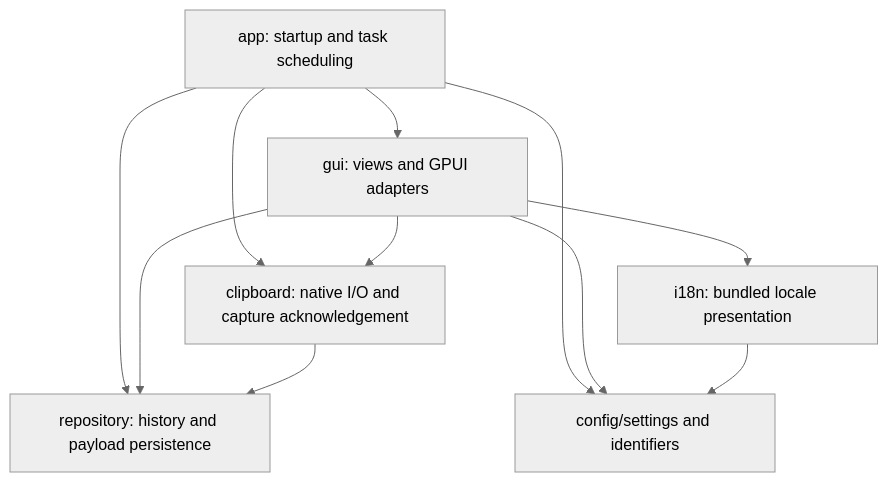
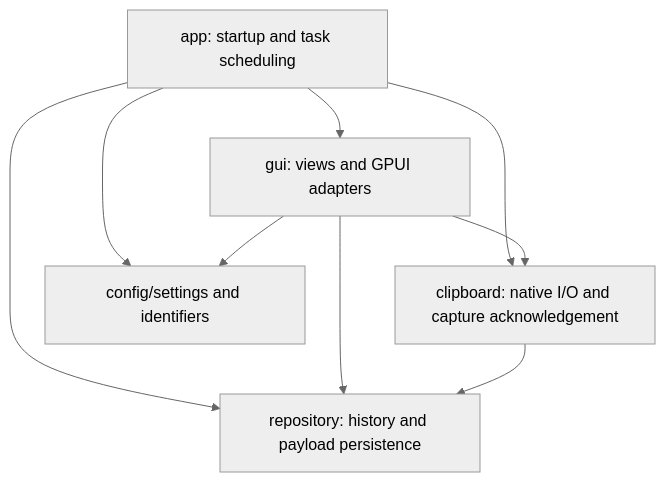
The diagram in docs/ARCHITECTURE.md (StudentWeis/ropy), drawn with Mermaid (neutral theme) before and after one commit. The commit also changed other lines of this file and 42 other files, not shown here.

````diff
--- a/docs/ARCHITECTURE.md
+++ b/docs/ARCHITECTURE.md
@@ -19,13 +19,11 @@
 ```mermaid
 flowchart TD
     App[app: startup and task scheduling] --> GUI[gui: views and GPUI adapters]
     App --> Clipboard[clipboard: native I/O and capture acknowledgement]
     App --> Repository[repository: history and payload persistence]
     App --> Config[config/settings and identifiers]
     GUI --> Repository
     GUI --> Config
     GUI --> Clipboard
-    GUI --> I18n[i18n: bundled locale presentation]
     Clipboard --> Repository
-    I18n --> Config
 ```
````
